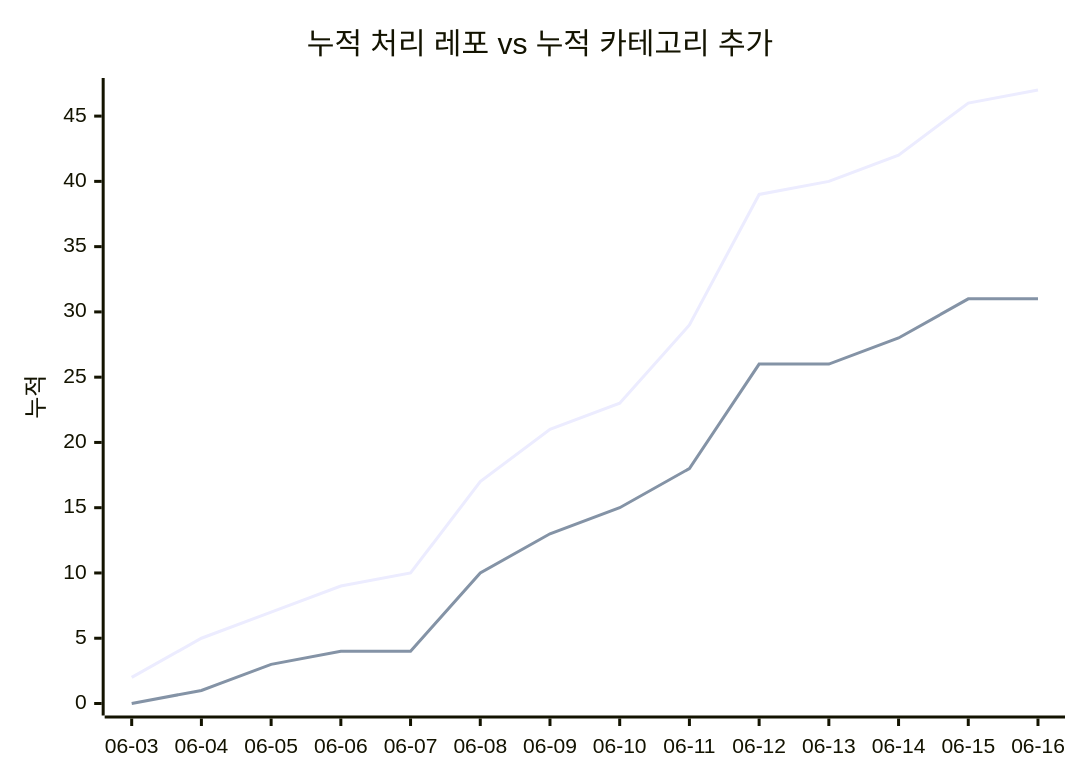
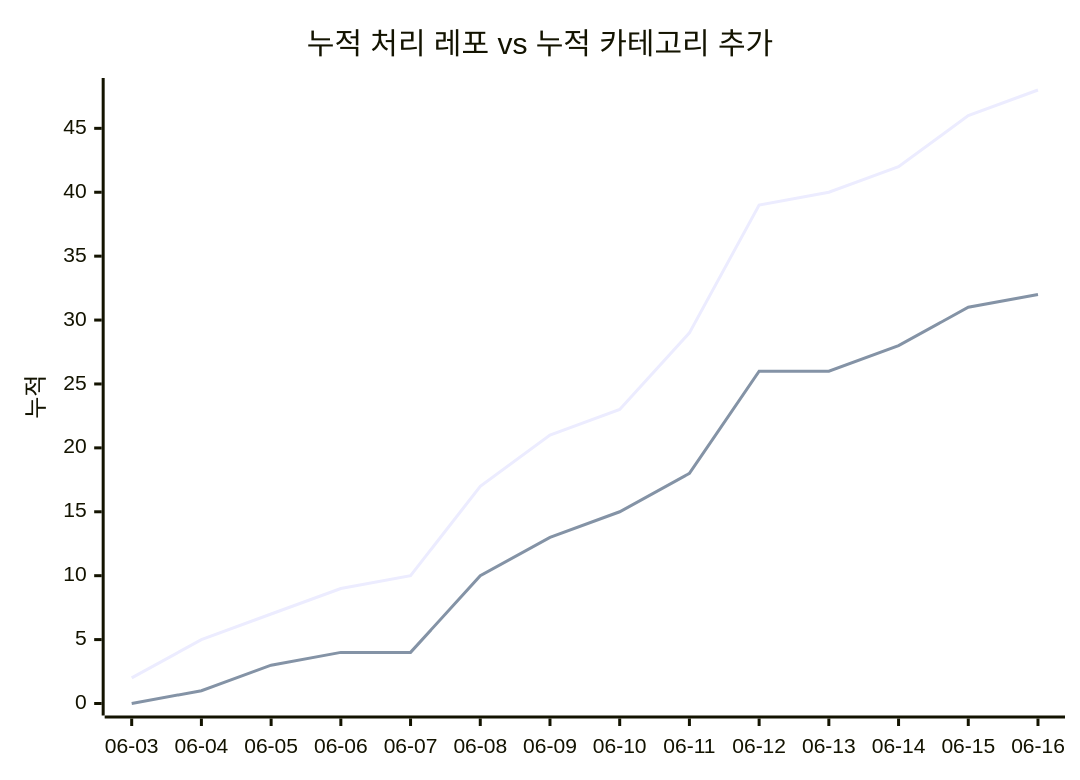
One commit to J-nowcow/awesome-korean-agent-skills changed the second of 2 diagrams in docs/trends.md. Above: the diagram before and after it, drawn with Mermaid. The commit also changed other lines of this file and 4 other files, not shown here.

````diff
--- a/docs/trends.md
+++ b/docs/trends.md
@@ -68,8 +68,8 @@
 ```mermaid
 xychart-beta
     title "누적 처리 레포 vs 누적 카테고리 추가"
     x-axis ["06-03","06-04","06-05","06-06","06-07","06-08","06-09","06-10","06-11","06-12","06-13","06-14","06-15","06-16"]
     y-axis "누적"
-    line [2,5,7,9,10,17,21,23,29,39,40,42,46,47]
-    line [0,1,3,4,4,10,13,15,18,26,26,28,31,31]
+    line [2,5,7,9,10,17,21,23,29,39,40,42,46,48]
+    line [0,1,3,4,4,10,13,15,18,26,26,28,31,32]
 ```
````
